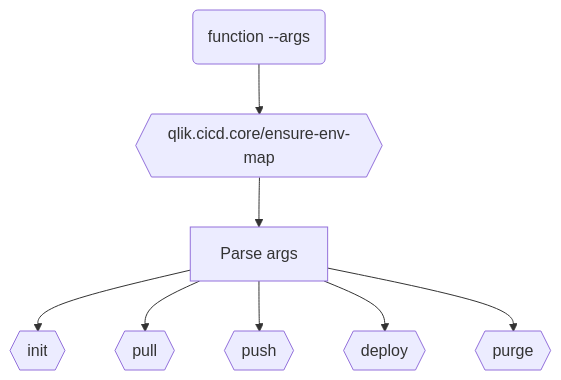
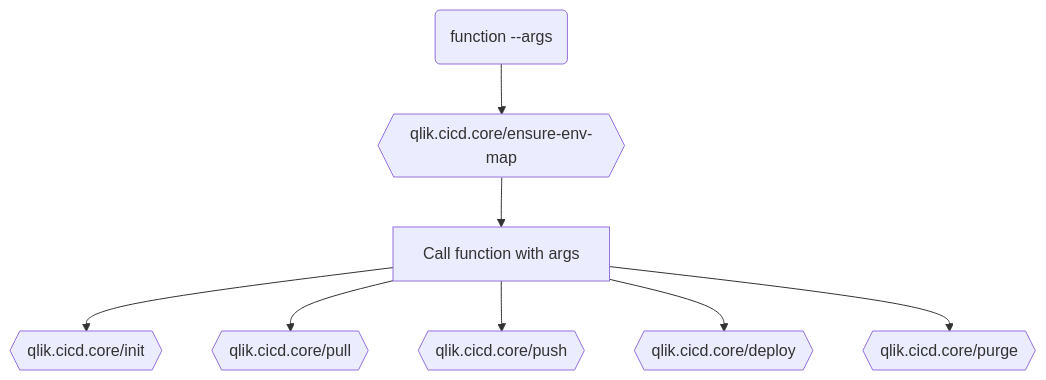
The first of 2 diagrams in README.md (mattiasthalen/qlik-cicd-cli), drawn with Mermaid before and after one commit.

Commit message:
Refine main function flowchart

````diff
--- a/README.md
+++ b/README.md
@@ -5,18 +5,19 @@
 ```mermaid
 flowchart TD
     input@{shape: event, label: "function --args"}
     ensure_env_map@{shape: prepare, label: "qlik.cicd.core/ensure-env-map"}
-    parse_args@{shape: process, label: "Parse args"}
-    init@{shape: prepare, label:"qlik.cicd.core/init"}
-    pull@{shape: prepare, label:"qlik.cicd.core/pull"}
-    push@{shape: prepare, label:"qlik.cicd.core/push"}
-    deploy@{shape: prepare, label:"qlik.cicd.core/deploy"}
-    purge@{shape: prepare, label:"qlik.cicd.core/purge"}
+    call_function@{shape: process, label: "Call function with args"}
+    init@{shape: prepare, label: "qlik.cicd.core/init"}
+    pull@{shape: prepare, label: "qlik.cicd.core/pull"}
+    push@{shape: prepare, label: "qlik.cicd.core/push"}
+    deploy@{shape: prepare, label: "qlik.cicd.core/deploy"}
+    purge@{shape: prepare, label: "qlik.cicd.core/purge"}
 
-    input --> ensure_env_map --> parse_args
-    parse_args --> init
-    parse_args --> pull
-    parse_args --> push
-    parse_args --> deploy
-    parse_args --> purge
+    input --> ensure_env_map
+    ensure_env_map --> call_function
+    call_function --> init
+    call_function --> pull
+    call_function --> push
+    call_function --> deploy
+    call_function --> purge
 ```
````
